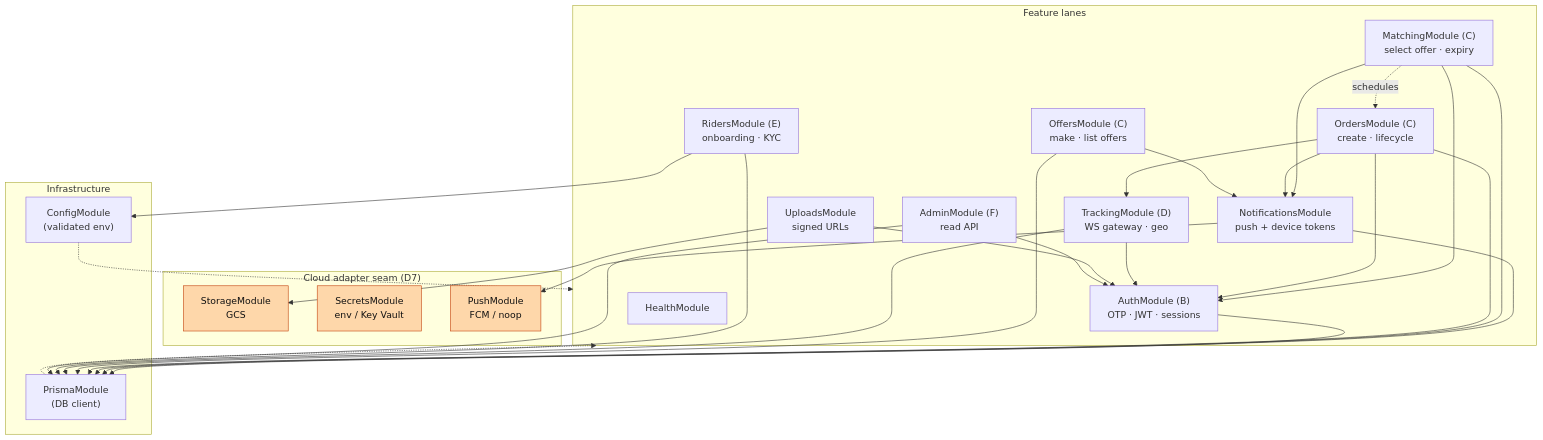
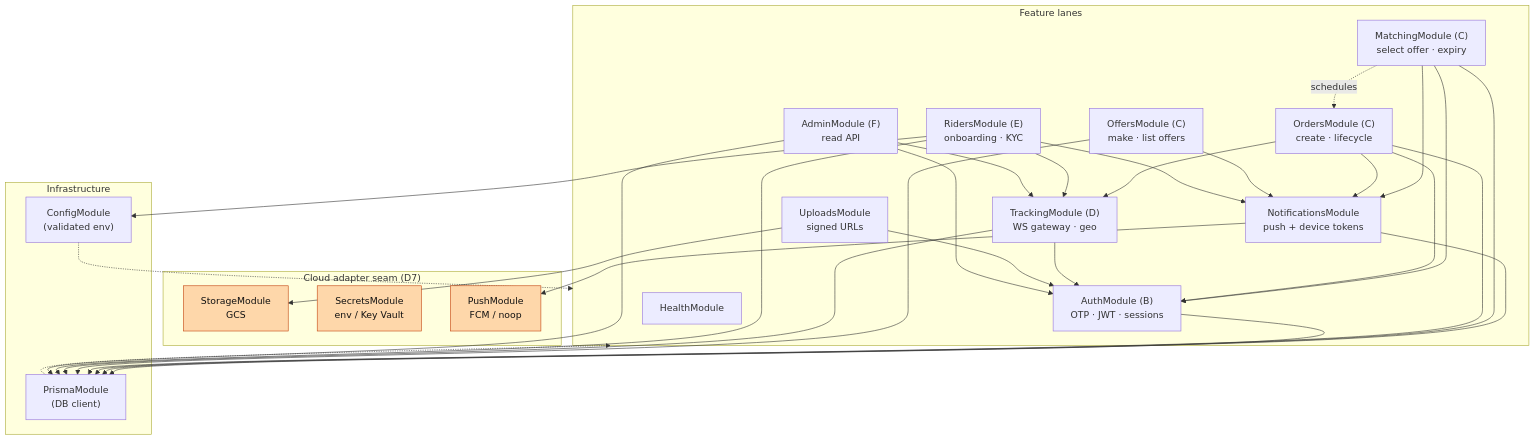
Before and after one commit to unnfazzed/Lynia: the fifth of 16 diagrams in docs/ARCHITECTURE.md, drawn with Mermaid. The commit also changed other lines of this file and 2 other files, not shown here.

````diff
--- a/docs/ARCHITECTURE.md
+++ b/docs/ARCHITECTURE.md
@@ -354,43 +354,43 @@
 ```mermaid
 graph TB
     subgraph infra["Infrastructure"]
         config["ConfigModule<br/>(validated env)"]
         prisma["PrismaModule<br/>(DB client)"]
     end
 
     subgraph seam["Cloud adapter seam (D7)"]
         storage["StorageModule<br/>GCS"]
         secrets["SecretsModule<br/>env / Key Vault"]
         push["PushModule<br/>FCM / noop"]
     end
 
     subgraph features["Feature lanes"]
         auth["AuthModule (B)<br/>OTP · JWT · sessions"]
         matching["MatchingModule (C)<br/>select offer · expiry"]
         orders["OrdersModule (C)<br/>create · lifecycle"]
         offers["OffersModule (C)<br/>make · list offers"]
         tracking["TrackingModule (D)<br/>WS gateway · geo"]
         riders["RidersModule (E)<br/>onboarding · KYC"]
         notif["NotificationsModule<br/>push + device tokens"]
         uploads["UploadsModule<br/>signed URLs"]
         admin["AdminModule (F)<br/>read API"]
         health["HealthModule"]
     end
 
     auth --> prisma
     notif --> push & prisma
     matching --> prisma & auth & notif
     orders --> prisma & auth & tracking & notif
     offers --> prisma & notif
     tracking --> prisma & auth
-    riders --> prisma & config
+    riders --> prisma & config & tracking & notif
     uploads --> storage & auth
-    admin --> prisma & auth
+    admin --> prisma & auth & tracking
     matching -.->|schedules| orders
 
     config -.-> features
     prisma -.-> features
 
     classDef seamc fill:#fed7aa,stroke:#c2410c,color:#111;
     class storage,secrets,push seamc;
 ```
````
